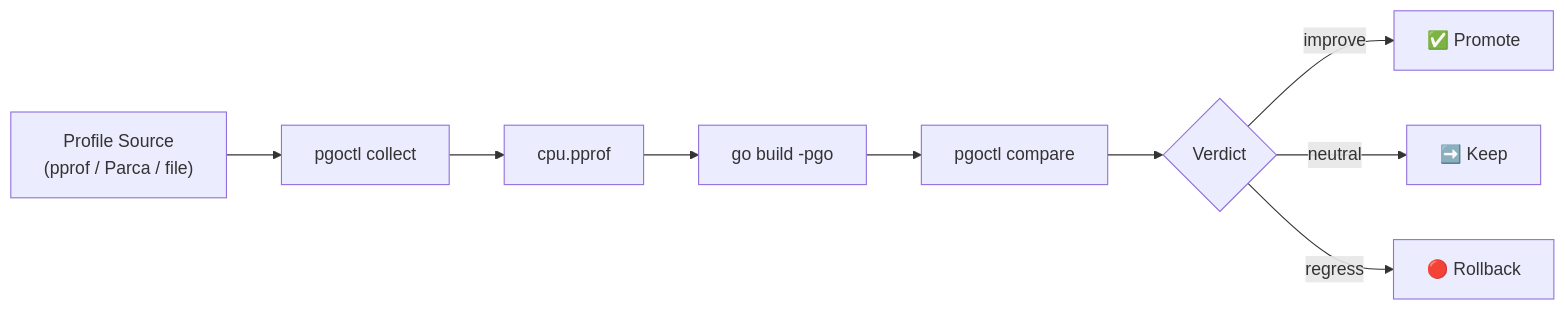
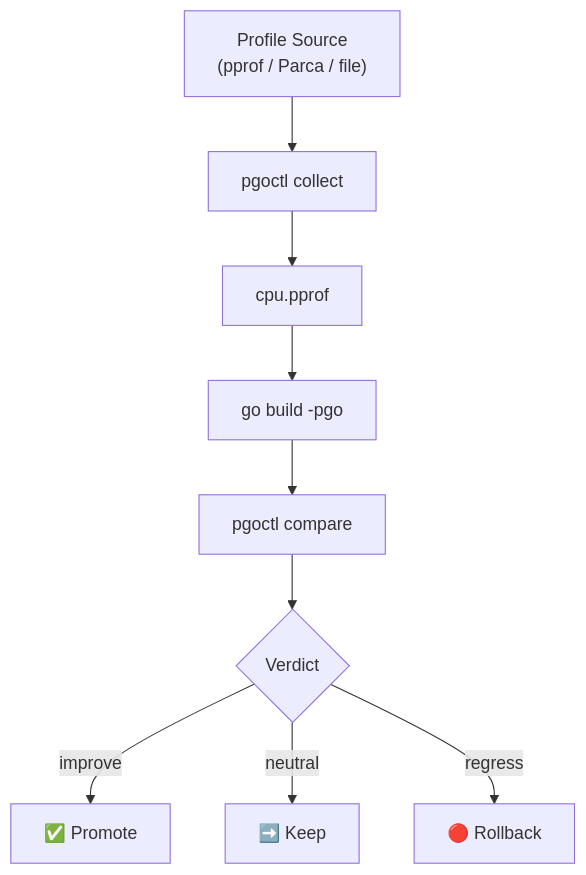
The diagram in README.md (actions-marketplace-validations/better-go-labs_pgoctl), drawn with Mermaid before and after one commit.

Commit message:
docs: change pipeline diagram direction to top-to-bottom (#43)

````diff
--- a/README.md
+++ b/README.md
@@ -21,11 +21,11 @@
 ```mermaid
-flowchart LR
+flowchart TD
     A["Profile Source\n(pprof / Parca / file)"] --> B["pgoctl collect"]
     B --> C["cpu.pprof"]
     C --> D["go build -pgo"]
     D --> E["pgoctl compare"]
     E --> F{"Verdict"}
     F -->|improve| G["✅ Promote"]
     F -->|neutral| H["➡️ Keep"]
     F -->|regress| I["🔴 Rollback"]
 ```
````
